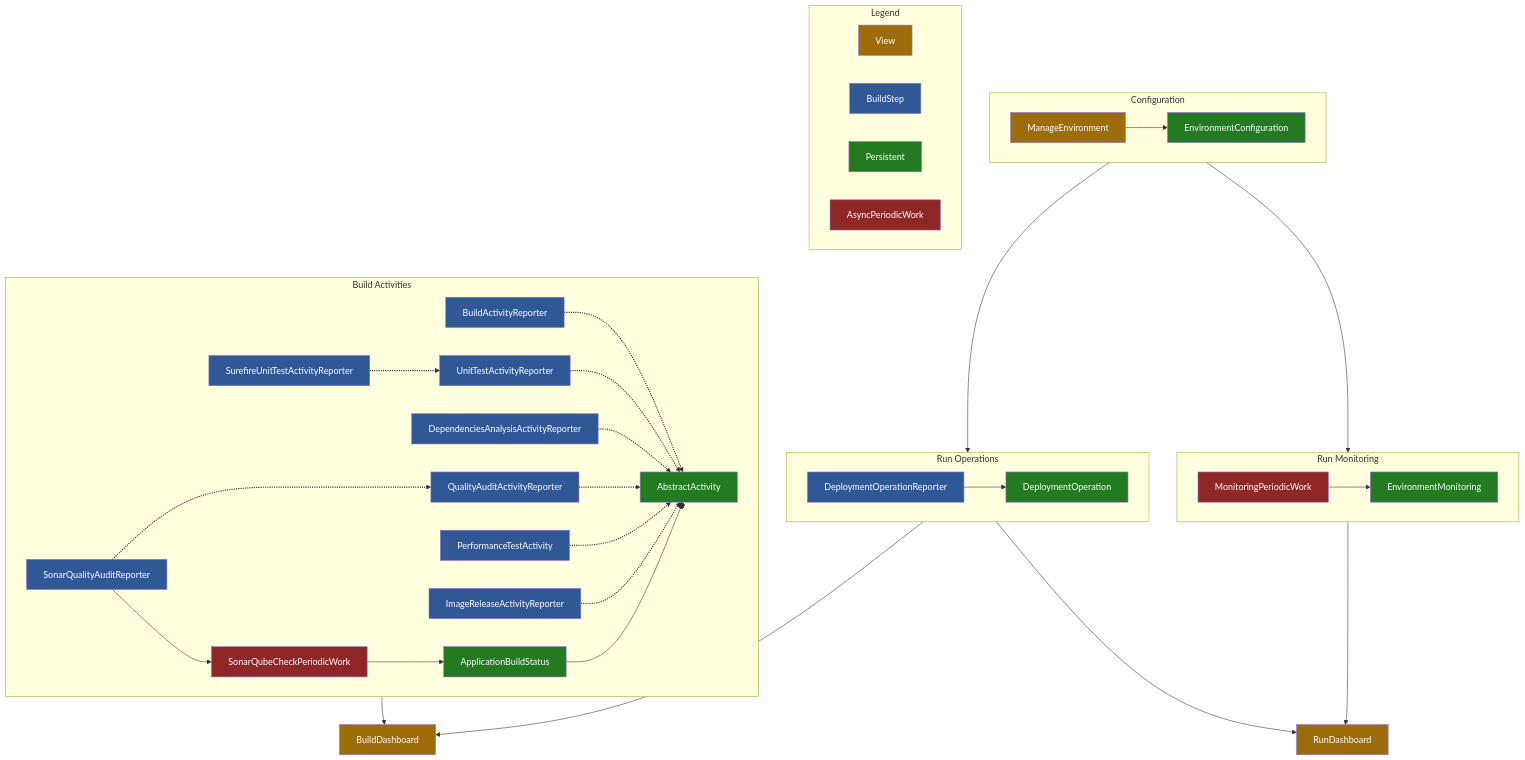
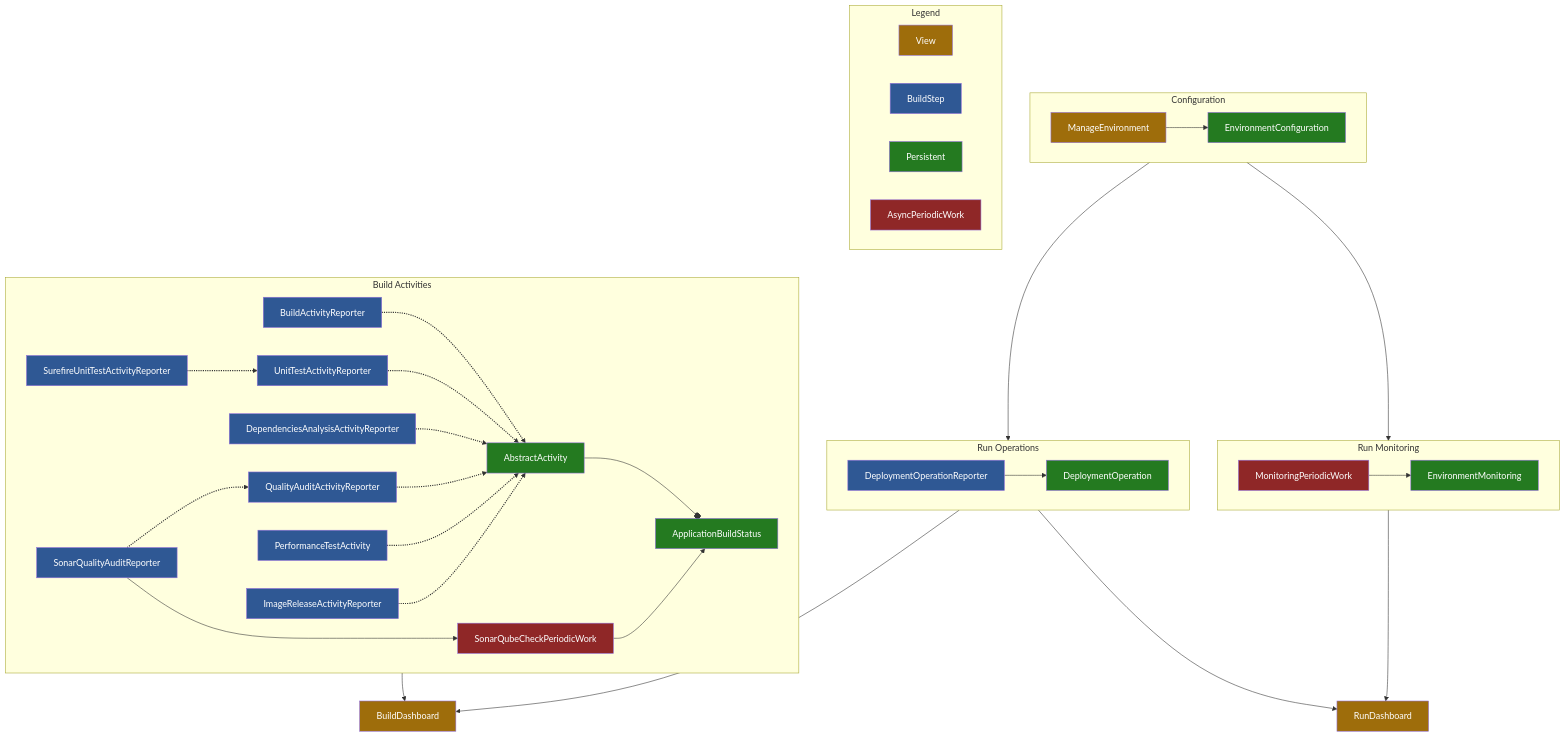
One commit to jenkinsci/devops-portal-plugin changed the diagram in README.md. Above: the diagram before and after it, drawn with Mermaid.

````diff
--- a/README.md
+++ b/README.md
@@ -378,49 +378,49 @@
 ```mermaid
 flowchart TD
 
     subgraph Configuration
     ManageEnvironment:::view --> EnvironmentConfiguration:::entity
     end
     
     subgraph Legend
     View:::view
     BuildStep:::reporter
     Persistent:::entity
     AsyncPeriodicWork:::worker
     end
     
     subgraph RunOperations[Run Operations]
     DeploymentOperationReporter:::reporter --> DeploymentOperation:::entity
     end
     
     subgraph RunMonitoring[Run Monitoring]
     MonitoringPeriodicWork:::worker --> EnvironmentMonitoring:::entity
     end
     
     subgraph BuildActivities[Build Activities]
     BuildActivityReporter:::reporter -.-> AbstractActivity:::entity
     UnitTestActivityReporter:::reporter -.-> AbstractActivity:::entity
     SurefireUnitTestActivityReporter:::reporter -.-> UnitTestActivityReporter:::reporter
     DependenciesAnalysisActivityReporter:::reporter -.-> AbstractActivity:::entity
     QualityAuditActivityReporter:::reporter -.-> AbstractActivity:::entity
     SonarQualityAuditReporter:::reporter -.-> QualityAuditActivityReporter:::reporter
     PerformanceTestActivity:::reporter -.-> AbstractActivity:::entity
     ImageReleaseActivityReporter:::reporter -.-> AbstractActivity:::entity
-    ApplicationBuildStatus:::entity --o AbstractActivity:::entity
+    AbstractActivity:::entity --o ApplicationBuildStatus:::entity
     SonarQualityAuditReporter:::reporter --> SonarQubeCheckPeriodicWork:::worker
     SonarQubeCheckPeriodicWork:::worker --> ApplicationBuildStatus:::entity
     end
     
     Configuration --> RunOperations
     Configuration --> RunMonitoring
     RunOperations --> RunDashboard:::view
     RunMonitoring --> RunDashboard:::view
     BuildActivities --> BuildDashboard:::view
     RunOperations --> BuildDashboard:::view
     
     classDef view fill:#9e6d0b,color:#fff
     classDef reporter fill:#2f5894,color:#fff
     classDef entity fill:#247a20,color:#fff
     classDef worker fill:#8f2727,color:#fff
     linkStyle 3,4,5,6,7,8,9,10 stroke-width:2px,fill:none
 ```
````
